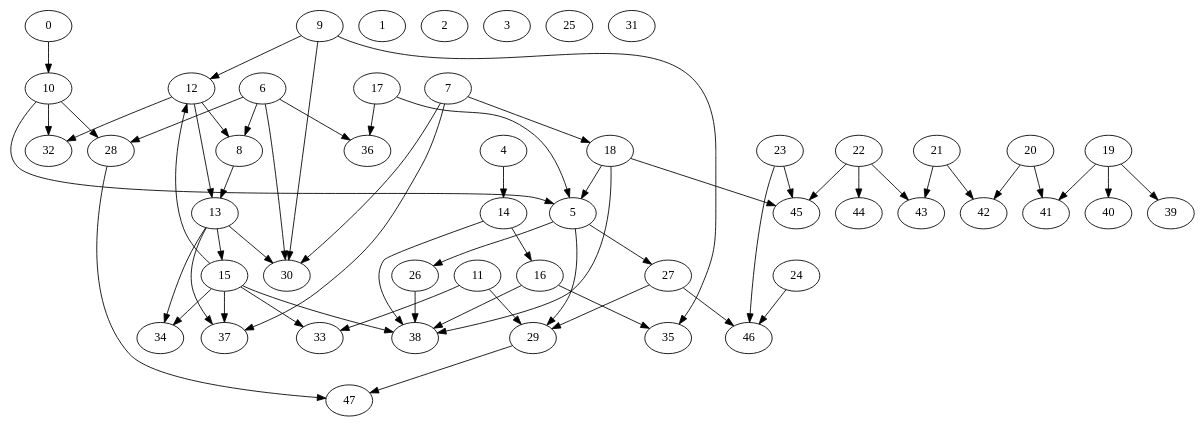
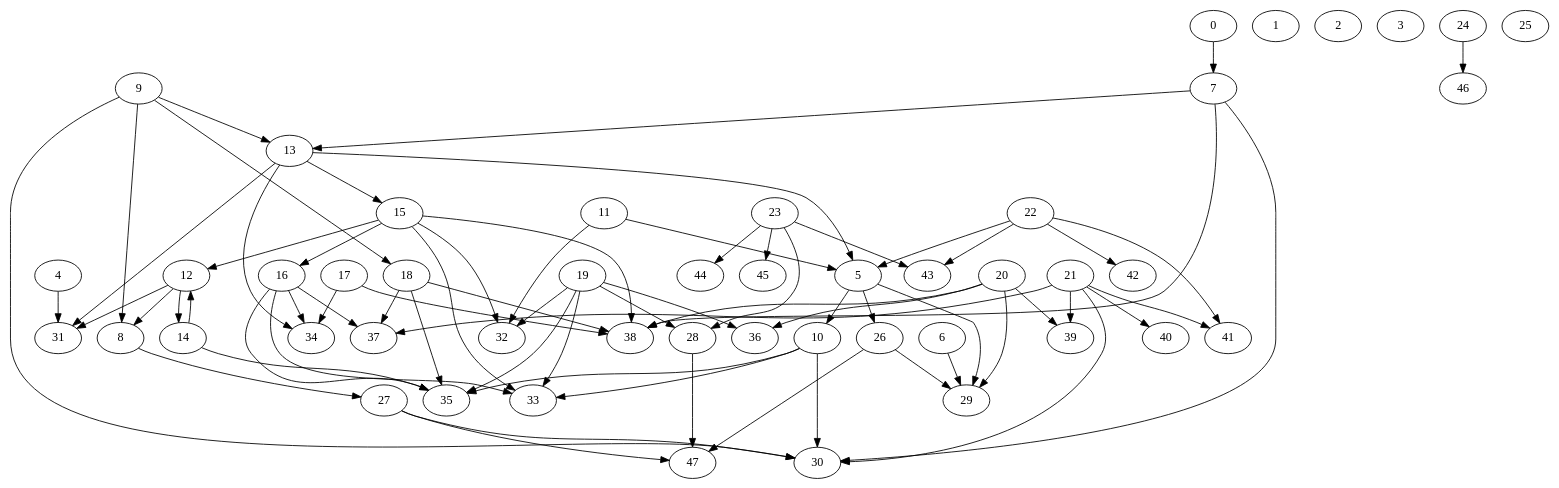
The diagram in codedepends/traffic/traffic.dot (clarkfitzg/phd_research), drawn with Graphviz before and after one commit. The commit also changed 3 other files, not shown here.

Commit message:
not sure what this graph shows

```diff
--- a/codedepends/traffic/traffic.dot
+++ b/codedepends/traffic/traffic.dot
@@ -1,112 +1,122 @@
 /* Created by igraph @VERSION@ */
 digraph {
   0;
   1;
   2;
   3;
   4;
   5;
   6;
   7;
   8;
   9;
   10;
   11;
   12;
   13;
   14;
   15;
   16;
   17;
   18;
   19;
   20;
   21;
   22;
   23;
   24;
   25;
   26;
   27;
   28;
   29;
   30;
   31;
   32;
   33;
   34;
   35;
   36;
   37;
   38;
   39;
   40;
   41;
   42;
   43;
   44;
   45;
   46;
   47;
 
-  0 -> 10;
-  4 -> 14;
+  0 -> 7;
+  4 -> 31;
+  5 -> 10;
   5 -> 26;
-  5 -> 27;
   5 -> 29;
-  6 -> 8;
-  6 -> 28;
-  6 -> 30;
-  6 -> 36;
-  7 -> 18;
+  6 -> 29;
+  7 -> 13;
   7 -> 30;
-  7 -> 37;
-  8 -> 13;
-  9 -> 12;
+  7 -> 38;
+  8 -> 27;
+  9 -> 8;
+  9 -> 13;
+  9 -> 18;
   9 -> 30;
-  9 -> 35;
-  10 -> 5;
-  10 -> 28;
-  10 -> 32;
-  11 -> 29;
-  11 -> 33;
+  10 -> 30;
+  10 -> 33;
+  10 -> 35;
+  11 -> 5;
+  11 -> 32;
   12 -> 8;
-  12 -> 13;
-  12 -> 32;
+  12 -> 14;
+  12 -> 31;
+  13 -> 5;
   13 -> 15;
-  13 -> 30;
+  13 -> 31;
   13 -> 34;
-  13 -> 37;
-  14 -> 16;
-  14 -> 38;
+  14 -> 12;
+  14 -> 35;
   15 -> 12;
+  15 -> 16;
+  15 -> 32;
   15 -> 33;
-  15 -> 34;
-  15 -> 37;
   15 -> 38;
+  16 -> 33;
+  16 -> 34;
   16 -> 35;
-  16 -> 38;
-  17 -> 5;
-  17 -> 36;
-  18 -> 5;
+  16 -> 37;
+  17 -> 34;
+  17 -> 38;
+  18 -> 35;
+  18 -> 37;
   18 -> 38;
-  18 -> 45;
-  19 -> 39;
-  19 -> 40;
-  19 -> 41;
-  20 -> 41;
-  20 -> 42;
-  21 -> 42;
-  21 -> 43;
+  19 -> 28;
+  19 -> 32;
+  19 -> 33;
+  19 -> 35;
+  19 -> 36;
+  20 -> 29;
+  20 -> 36;
+  20 -> 38;
+  20 -> 39;
+  21 -> 30;
+  21 -> 37;
+  21 -> 39;
+  21 -> 40;
+  21 -> 41;
+  22 -> 5;
+  22 -> 41;
+  22 -> 42;
   22 -> 43;
-  22 -> 44;
-  22 -> 45;
+  23 -> 28;
+  23 -> 43;
+  23 -> 44;
   23 -> 45;
-  23 -> 46;
   24 -> 46;
-  26 -> 38;
-  27 -> 29;
-  27 -> 46;
+  26 -> 29;
+  26 -> 47;
+  27 -> 30;
+  27 -> 47;
   28 -> 47;
-  29 -> 47;
 }
```
